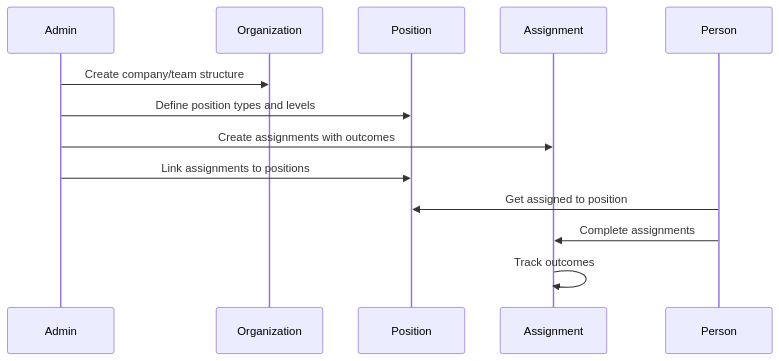
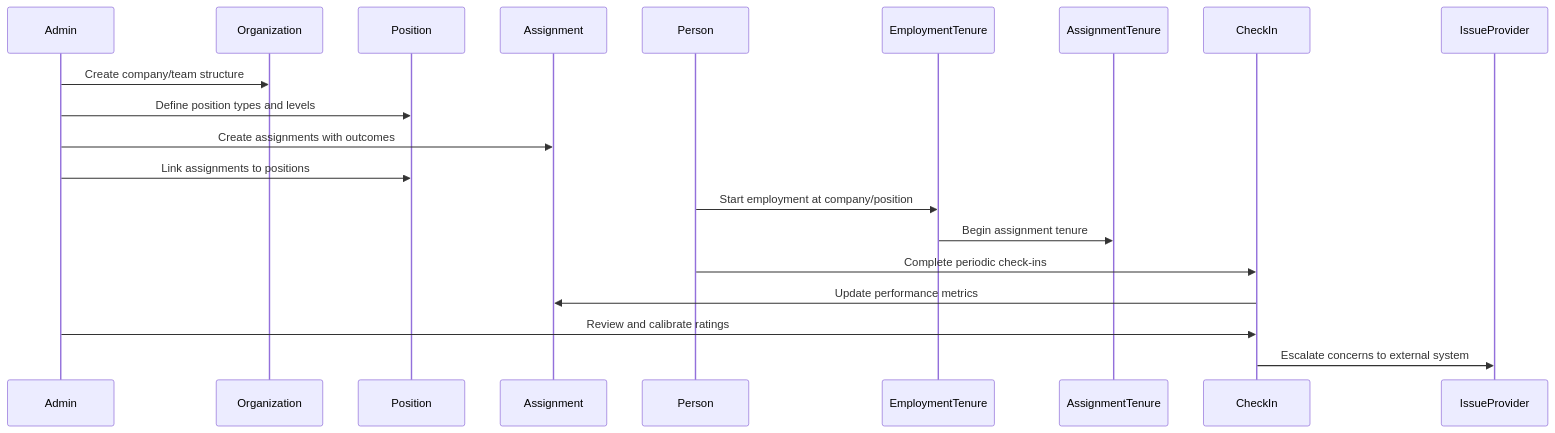
Before and after one commit to ar3/our_gruuv: the second of 2 diagrams in ALIGN.md, drawn with Mermaid. The commit also changed other lines of this file and 30 other files, not shown here.

First line of the commit message:
Employment Tenure Model: Complete foundation with profile integration

````diff
--- a/ALIGN.md
+++ b/ALIGN.md
@@ -80,16 +109,22 @@
 ```mermaid
 sequenceDiagram
     participant Admin
     participant Organization
     participant Position
     participant Assignment
     participant Person
+    participant EmploymentTenure
+    participant AssignmentTenure
+    participant CheckIn
     
     Admin->>Organization: Create company/team structure
     Admin->>Position: Define position types and levels
     Admin->>Assignment: Create assignments with outcomes
     Admin->>Position: Link assignments to positions
-    Person->>Position: Get assigned to position
-    Person->>Assignment: Complete assignments
-    Assignment->>Assignment: Track outcomes
+    Person->>EmploymentTenure: Start employment at company/position
+    EmploymentTenure->>AssignmentTenure: Begin assignment tenure
+    Person->>CheckIn: Complete periodic check-ins
+    CheckIn->>Assignment: Update performance metrics
+    Admin->>CheckIn: Review and calibrate ratings
+    CheckIn->>IssueProvider: Escalate concerns to external system
 ```
````
